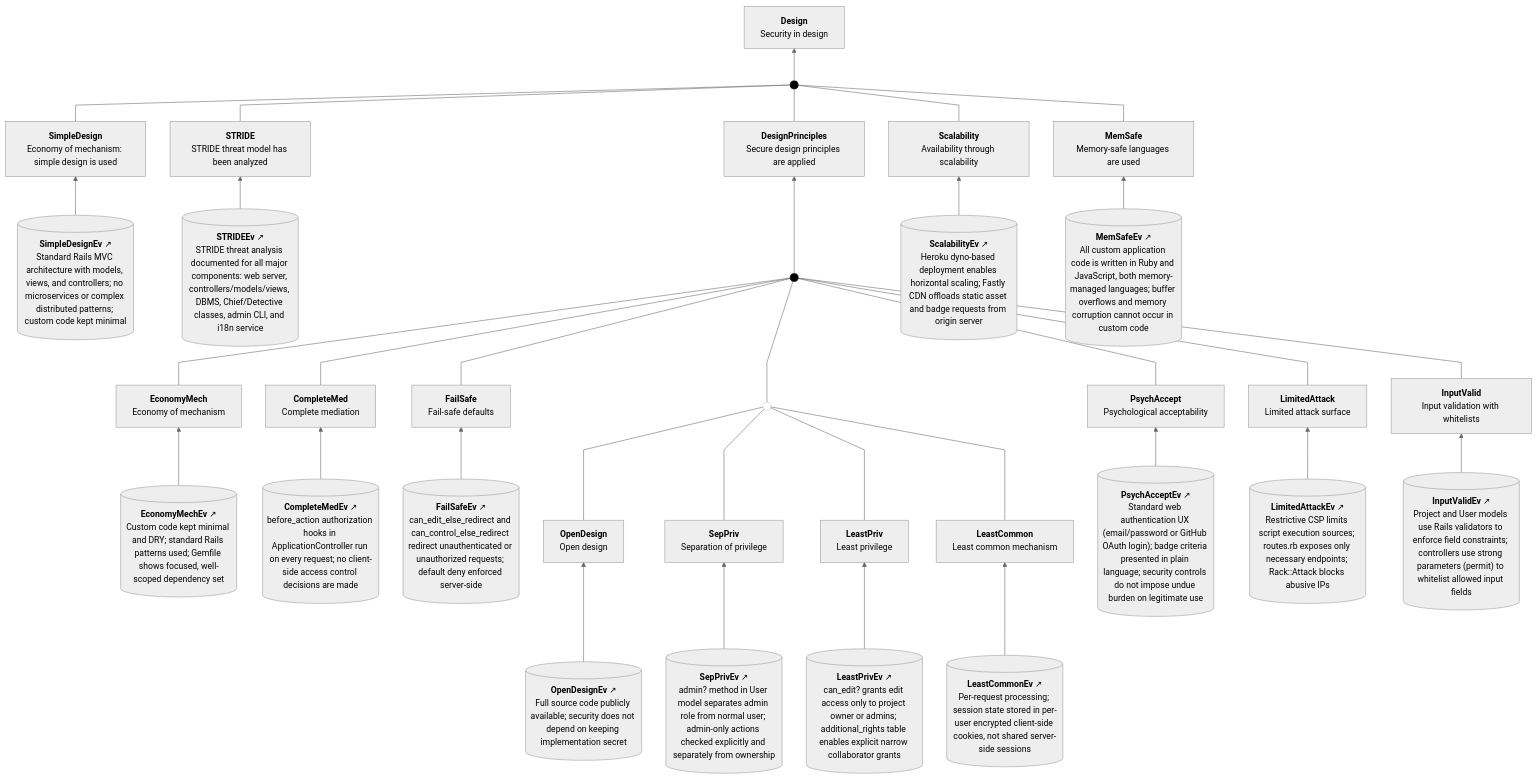
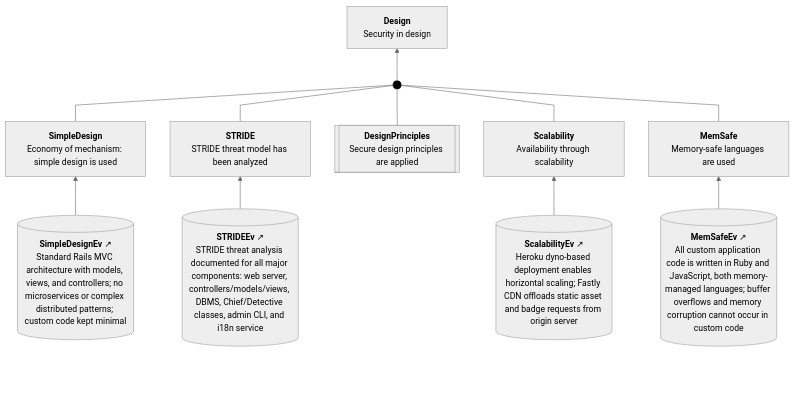
One commit to coreinfrastructure/best-practices-badge changed the third of 14 diagrams in docs/case.md. Above: the diagram before and after it, drawn with Mermaid. The commit also changed other lines of this file and 1 other file, not shown here.

Commit message:
Detach DesignPrinciples

````diff
--- a/docs/case.md
+++ b/docs/case.md
@@ -234,98 +234,34 @@
     Design["<b>Design</b><br>Security in design"]
     SimpleDesign["<b>SimpleDesign</b><br>Economy of mechanism: simple design is used"]
     STRIDE["<b>STRIDE</b><br>STRIDE threat model has been analyzed"]
-    DesignPrinciples["<b>DesignPrinciples</b><br>Secure design principles are applied"]
+    None[["<b>DesignPrinciples</b><br>Secure design principles are applied"]]
     Scalability["<b>Scalability</b><br>Availability through scalability"]
     MemSafe["<b>MemSafe</b><br>Memory-safe languages are used"]
     SimpleDesignEv[("<b>SimpleDesignEv</b>&nbsp;↗<br>Standard Rails MVC architecture with models, views, and controllers; no microservices or complex distributed patterns; custom code kept minimal")]
     STRIDEEv[("<b>STRIDEEv</b>&nbsp;↗<br>STRIDE threat analysis documented for all major components: web server, controllers/models/views, DBMS, Chief/Detective classes, admin CLI, and i18n service")]
-    EconomyMech["<b>EconomyMech</b><br>Economy of mechanism"]
-    CompleteMed["<b>CompleteMed</b><br>Complete mediation"]
-    FailSafe["<b>FailSafe</b><br>Fail-safe defaults"]
-    SynConnect_00000000((" ")):::connector
-    PsychAccept["<b>PsychAccept</b><br>Psychological acceptability"]
-    LimitedAttack["<b>LimitedAttack</b><br>Limited attack surface"]
-    InputValid["<b>InputValid</b><br>Input validation with whitelists"]
     ScalabilityEv[("<b>ScalabilityEv</b>&nbsp;↗<br>Heroku dyno-based deployment enables horizontal scaling; Fastly CDN offloads static asset and badge requests from origin server")]
     MemSafeEv[("<b>MemSafeEv</b>&nbsp;↗<br>All custom application code is written in Ruby and JavaScript, both memory-managed languages; buffer overflows and memory corruption cannot occur in custom code")]
-    EconomyMechEv[("<b>EconomyMechEv</b>&nbsp;↗<br>Custom code kept minimal and DRY; standard Rails patterns used; Gemfile shows focused, well-scoped dependency set")]
-    CompleteMedEv[("<b>CompleteMedEv</b>&nbsp;↗<br>before_action authorization hooks in ApplicationController run on every request; no client-side access control decisions are made")]
-    FailSafeEv[("<b>FailSafeEv</b>&nbsp;↗<br>can_edit_else_redirect and can_control_else_redirect redirect unauthenticated or unauthorized requests; default deny enforced server-side")]
-    OpenDesign["<b>OpenDesign</b><br>Open design"]
-    SepPriv["<b>SepPriv</b><br>Separation of privilege"]
-    LeastPriv["<b>LeastPriv</b><br>Least privilege"]
-    LeastCommon["<b>LeastCommon</b><br>Least common mechanism"]
-    PsychAcceptEv[("<b>PsychAcceptEv</b>&nbsp;↗<br>Standard web authentication UX (email/password or GitHub OAuth login); badge criteria presented in plain language; security controls do not impose undue burden on legitimate use")]
-    LimitedAttackEv[("<b>LimitedAttackEv</b>&nbsp;↗<br>Restrictive CSP limits script execution sources; routes.rb exposes only necessary endpoints; Rack::Attack blocks abusive IPs")]
-    InputValidEv[("<b>InputValidEv</b>&nbsp;↗<br>Project and User models use Rails validators to enforce field constraints; controllers use strong parameters (permit) to whitelist allowed input fields")]
-    OpenDesignEv[("<b>OpenDesignEv</b>&nbsp;↗<br>Full source code publicly available; security does not depend on keeping implementation secret")]
-    SepPrivEv[("<b>SepPrivEv</b>&nbsp;↗<br>admin? method in User model separates admin role from normal user; admin-only actions checked explicitly and separately from ownership")]
-    LeastPrivEv[("<b>LeastPrivEv</b>&nbsp;↗<br>can_edit? grants edit access only to project owner or admins; additional_rights table enables explicit narrow collaborator grants")]
-    LeastCommonEv[("<b>LeastCommonEv</b>&nbsp;↗<br>Per-request processing; session state stored in per-user encrypted client-side cookies, not shared server-side sessions")]
     Dot1((" ")):::sacmDot
-    Dot2((" ")):::sacmDot
     click Design "#claim-design"
     click SimpleDesign "#claim-simpledesign"
     click STRIDE "#claim-stride"
-    click DesignPrinciples "#claim-designprinciples"
+    click None "#package-designprinciples"
     click Scalability "#claim-scalability"
     click MemSafe "#claim-memsafe"
     click SimpleDesignEv "#evidence-simpledesignev"
     click STRIDEEv "#evidence-strideev"
-    click EconomyMech "#claim-economymech"
-    click CompleteMed "#claim-completemed"
-    click FailSafe "#claim-failsafe"
-    click PsychAccept "#claim-psychaccept"
-    click LimitedAttack "#claim-limitedattack"
-    click InputValid "#claim-inputvalid"
     click ScalabilityEv "#evidence-scalabilityev"
     click MemSafeEv "#evidence-memsafeev"
-    click EconomyMechEv "#evidence-economymechev"
-    click CompleteMedEv "#evidence-completemedev"
-    click FailSafeEv "#evidence-failsafeev"
-    click OpenDesign "#claim-opendesign"
-    click SepPriv "#claim-seppriv"
-    click LeastPriv "#claim-leastpriv"
-    click LeastCommon "#claim-leastcommon"
-    click PsychAcceptEv "#evidence-psychacceptev"
-    click LimitedAttackEv "#evidence-limitedattackev"
-    click InputValidEv "#evidence-inputvalidev"
-    click OpenDesignEv "#evidence-opendesignev"
-    click SepPrivEv "#evidence-sepprivev"
-    click LeastPrivEv "#evidence-leastprivev"
-    click LeastCommonEv "#evidence-leastcommonev"
 
     BottomPadding[ ]:::invisible ~~~ SimpleDesignEv
     SimpleDesignEv --> SimpleDesign
     STRIDEEv --> STRIDE
-    EconomyMechEv --> EconomyMech
-    CompleteMedEv --> CompleteMed
-    FailSafeEv --> FailSafe
-    OpenDesignEv --> OpenDesign
-    SepPrivEv --> SepPriv
-    LeastPrivEv --> LeastPriv
-    LeastCommonEv --> LeastCommon
-    OpenDesign --- SynConnect_00000000
-    SepPriv --- SynConnect_00000000
-    LeastPriv --- SynConnect_00000000
-    LeastCommon --- SynConnect_00000000
-    PsychAcceptEv --> PsychAccept
-    LimitedAttackEv --> LimitedAttack
-    InputValidEv --> InputValid
-    EconomyMech --- Dot1
-    CompleteMed --- Dot1
-    FailSafe --- Dot1
-    SynConnect_00000000 --- Dot1
-    PsychAccept --- Dot1
-    LimitedAttack --- Dot1
-    InputValid --- Dot1
-    Dot1 --> DesignPrinciples
     ScalabilityEv --> Scalability
     MemSafeEv --> MemSafe
-    SimpleDesign --- Dot2
-    STRIDE --- Dot2
-    DesignPrinciples --- Dot2
-    Scalability --- Dot2
-    MemSafe --- Dot2
-    Dot2 --> Design
+    SimpleDesign --- Dot1
+    STRIDE --- Dot1
+    None --- Dot1
+    Scalability --- Dot1
+    MemSafe --- Dot1
+    Dot1 --> Design
 ```
````
